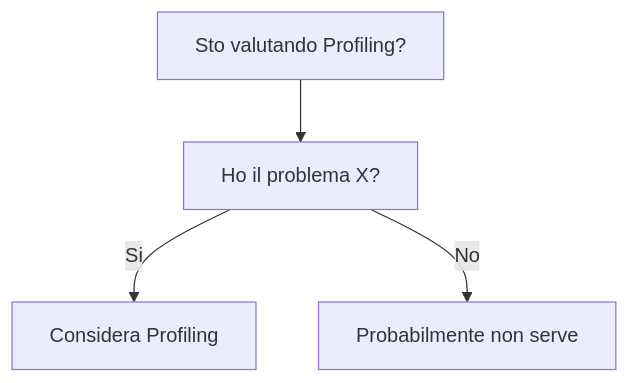
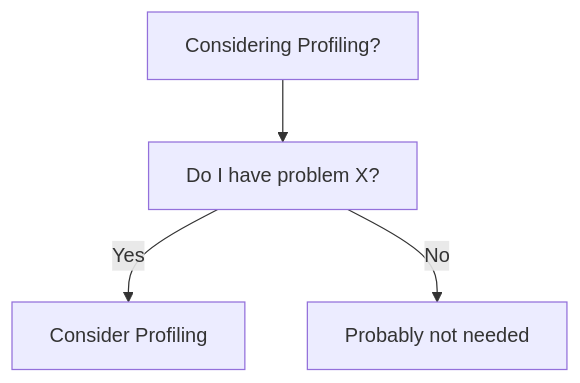
Before and after one commit to HxT9/Software-Dev-Wiki: the diagram in dev-wiki/11_Performance/Profiling/When_To_Use.md, drawn with Mermaid. The commit also changed other lines of this file and 3444 other files, not shown here.

````diff
--- a/dev-wiki/11_Performance/Profiling/When_To_Use.md
+++ b/dev-wiki/11_Performance/Profiling/When_To_Use.md
@@ -19,6 +19,6 @@
 ```mermaid
 flowchart TD
-  Q[Sto valutando Profiling?] --> Q1[Ho il problema X?]
-  Q1 -->|Si| OK[Considera Profiling]
-  Q1 -->|No| NO[Probabilmente non serve]
+  Q[Considering Profiling?] --> Q1[Do I have problem X?]
+  Q1 -->|Yes| OK[Consider Profiling]
+  Q1 -->|No| NO[Probably not needed]
 ```
````
